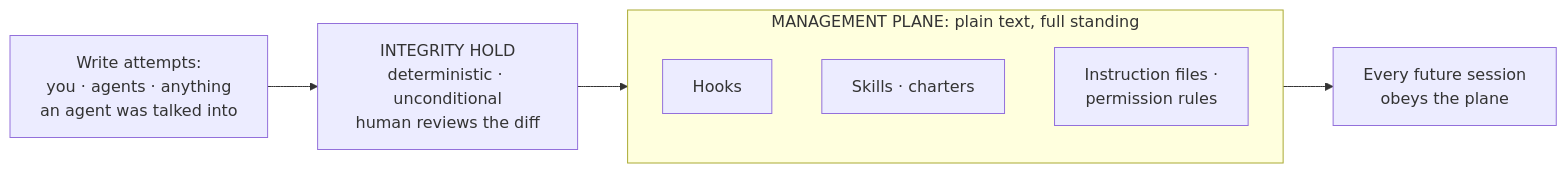
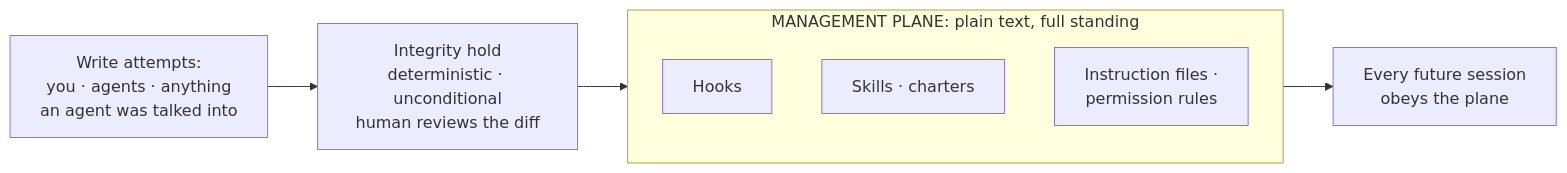
One commit to chorusse/agentic-estate changed the diagram in guide/07-management-plane-integrity.md. Above: the diagram before and after it, drawn with Mermaid. The commit also changed other lines of this file and 14 other files, not shown here.

````diff
--- a/guide/07-management-plane-integrity.md
+++ b/guide/07-management-plane-integrity.md
@@ -67,12 +67,12 @@
 ```mermaid
 flowchart LR
     subgraph plane["MANAGEMENT PLANE: plain text, full standing"]
         h["Hooks"]
         s["Skills · charters"]
         c["Instruction files ·<br/>permission rules"]
     end
     writers["Write attempts:<br/>you · agents · anything<br/>an agent was talked into"]
-    hold["INTEGRITY HOLD<br/>deterministic · unconditional<br/>human reviews the diff"]
+    hold["Integrity hold<br/>deterministic · unconditional<br/>human reviews the diff"]
     estate["Every future session<br/>obeys the plane"]
     writers --> hold --> plane --> estate
 ```
````
